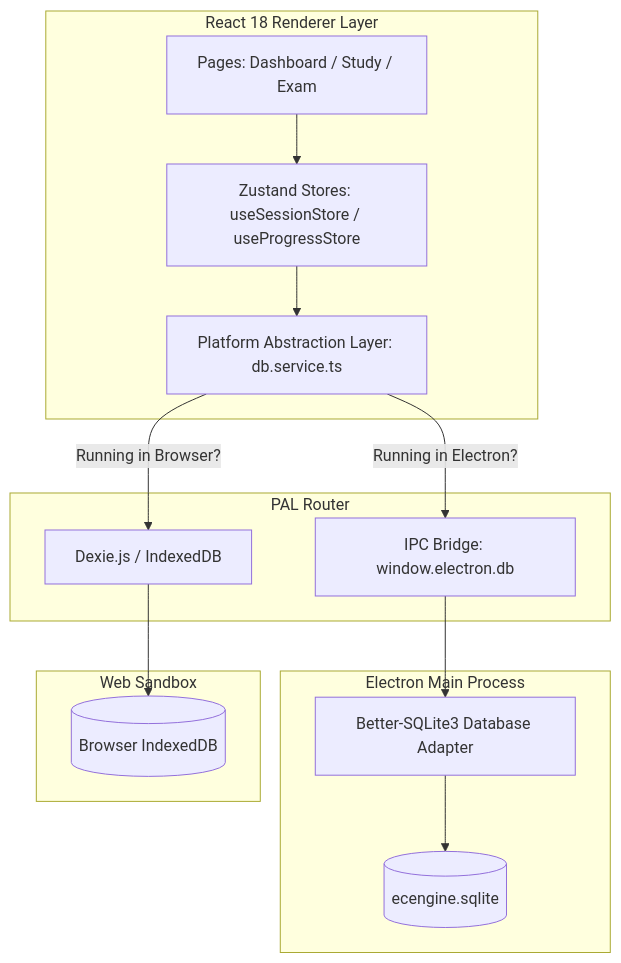
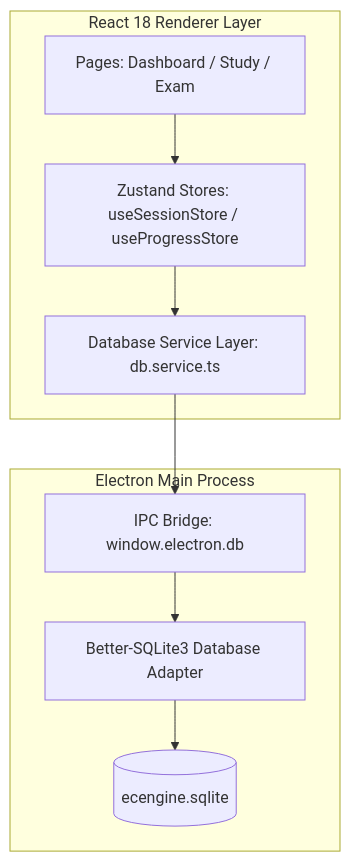
The diagram in README.md (vtajaros/ECEngine), drawn with Mermaid before and after one commit. The commit also changed other lines of this file and 1 other file, not shown here.

Commit message:
refactor: migrate to desktop-native architecture and add TOSTracker component

````diff
--- a/README.md
+++ b/README.md
@@ -115,21 +115,13 @@
 ```mermaid
 flowchart TD
     subgraph UI_Layer [React 18 Renderer Layer]
         A[Pages: Dashboard / Study / Exam] --> B[Zustand Stores: useSessionStore / useProgressStore]
-        B --> C[Platform Abstraction Layer: db.service.ts]
-    end
-
-    subgraph Environment_Routing [PAL Router]
-        C -- Running in Electron? --> D[IPC Bridge: window.electron.db]
-        C -- Running in Browser? --> E[Dexie.js / IndexedDB]
+        B --> C[Database Service Layer: db.service.ts]
     end
 
     subgraph Desktop_Backend [Electron Main Process]
+        C --> D[IPC Bridge: window.electron.db]
         D --> F[Better-SQLite3 Database Adapter]
         F --> G[(ecengine.sqlite)]
     end
-
-    subgraph Web_Storage [Web Sandbox]
-        E --> H[(Browser IndexedDB)]
-    end
 ```
````
